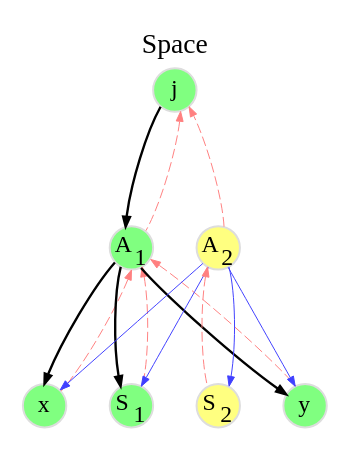
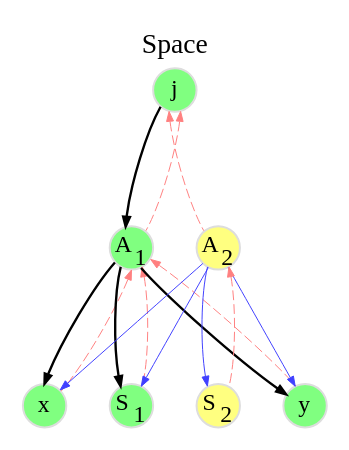
Before and after one commit to flatcap/dparted: the diagram in docs/rcu/add/a3.gv, drawn with Graphviz. The commit also changed 10 other files, not shown here.

```diff
--- a/docs/rcu/add/a3.gv
+++ b/docs/rcu/add/a3.gv
@@ -1,59 +1,86 @@
 digraph add {
 	graph [
 		rankdir="TB"
 		bgcolor="white"
 		color="white"
 		nodesep="0.3"
 		ranksep="0.8"
 		labelloc="t"
 		label="Space"
 	];
 
 	node [
 		fontsize="12"
 		style="filled"
 		width="0.3"
 		height="0.3"
 		fixedsize="true"
 		penwidth="1.0"
 		color="#DDDDDD"
-		fillcolor="#80ff80"
 	];
 
 	edge [
 		penwidth="0.5"
 		color="#000000"
 		arrowsize="0.5"
 	];
 
 
-	C_j  [ label=<j>                                 ];
-	C_a1 [ label=<A<SUB>1</SUB>>                     ];
-	C_x  [ label=<x>                                 ];
-	C_s1 [ label=<S<SUB>1</SUB>>                     ];
-	C_s2 [ label=<S<SUB>2</SUB>> fillcolor="#ffff80" ];
-	C_y  [ label=<y>                                 ];
-	C_a2 [ label=<A<SUB>2</SUB>> fillcolor="#ffff80" ];
+	node [	// original
+		fillcolor="#80ff80"
+	];
 
-	C_j  -> C_a1 [ penwidth=1.2 ];
-	C_a1 -> C_x  [ penwidth=1.2 ];
-	C_a1 -> C_s1 [ penwidth=1.2 ];
-	C_a1 -> C_y  [ penwidth=1.2 ];
-	C_j  -> C_a2 [ style=invis ];
+	C_j  [ label=<j>             ];
+	C_a1 [ label=<A<SUB>1</SUB>> ];
+	C_x  [ label=<x>             ];
+	C_s1 [ label=<S<SUB>1</SUB>> ];
+	C_y  [ label=<y>             ];
 
-	C_j  -> C_a1 [ dir=back color="#ff8080" style=dashed ];
-	C_a1 -> C_x  [ dir=back color="#ff8080" style=dashed ];
-	C_a1 -> C_s1 [ dir=back color="#ff8080" style=dashed ];
-	C_a2 -> C_s2 [ dir=back color="#ff8080" style=dashed ];
-	C_a1 -> C_y  [ dir=back color="#ff8080" style=dashed ];
+	node [	// changed
+		fillcolor="#ffff80"
+	];
 
-	C_a2 -> C_j  [ color="#ff8080" style=dashed ];
+	C_s2 [ label=<S<SUB>2</SUB>> ];
+	C_a2 [ label=<A<SUB>2</SUB>> ];
 
-	C_a2 -> C_x  [ color="#4040ff" ];
-	C_a2 -> C_s1 [ color="#4040ff" ];
-	C_a2 -> C_s2 [ color="#4040ff" ];
-	C_a2 -> C_y  [ color="#4040ff" ];
+	edge [	// main line
+		penwidth=1.2;
+	];
 
-	C_x -> C_s1 -> C_s2 -> C_y [ style=invis ];
+	C_j  -> C_a1;
+	C_a1 -> C_x;
+	C_a1 -> C_s1;
+	C_a1 -> C_y;
+
+	edge [	// copy
+		penwidth=0.5;
+		color="#4040ff";
+	];
+
+	C_a2 -> C_x;
+	C_a2 -> C_s1;
+	C_a2 -> C_s2;
+	C_a2 -> C_y;
+
+	edge [	// parent
+		dir=back;
+		penwidth=0.5;
+		color="#ff8080";
+		style=dashed;
+	];
+
+	C_j  -> C_a1;
+	C_j  -> C_a2;
+	C_a1 -> C_x;
+	C_a1 -> C_s1;
+	C_a2 -> C_s2;
+	C_a1 -> C_y;
+
+	edge [	// invisible
+		style=invis;
+	];
+
+	C_j -> C_a2;
+	C_x -> C_s1 -> C_s2 -> C_y;
 	{ rank=same C_x C_s1 C_s2 C_y };
 }
```
